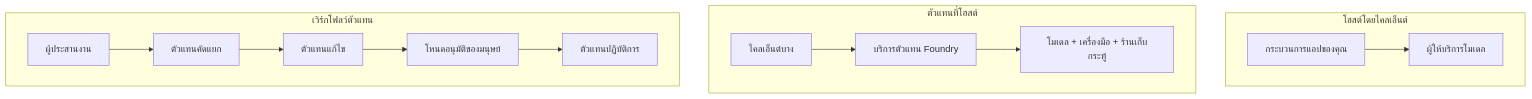
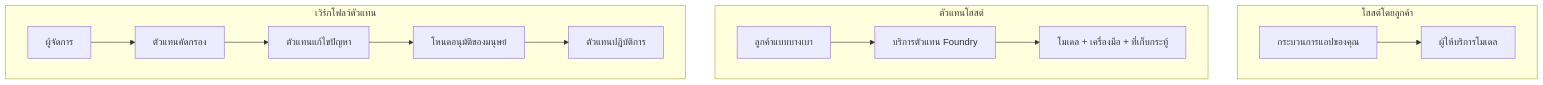
Before and after one commit to microsoft/ai-agents-for-beginners: the first of 4 diagrams in translations/th/16-deploying-scalable-agents/README.md, drawn with Mermaid. The commit also changed other lines of this file and 46 other files, not shown here.

````diff
--- a/translations/th/16-deploying-scalable-agents/README.md
+++ b/translations/th/16-deploying-scalable-agents/README.md
@@ -87,16 +87,16 @@
 ```mermaid
 flowchart TB
-    subgraph P1[โฮสต์โดยไคลเอ็นต์]
+    subgraph P1[โฮสต์โดยลูกค้า]
         A1[กระบวนการแอปของคุณ] --> M1[ผู้ให้บริการโมเดล]
     end
-    subgraph P2[ตัวแทนที่โฮสต์]
-        A2[ไคลเอ็นต์บาง] --> F2[บริการตัวแทน Foundry]
-        F2 --> M2[โมเดล + เครื่องมือ + ร้านเก็บกระทู้]
+    subgraph P2[ตัวแทนโฮสต์]
+        A2[ลูกค้าแบบบางเบา] --> F2[บริการตัวแทน Foundry]
+        F2 --> M2[โมเดล + เครื่องมือ + ที่เก็บกระทู้]
     end
     subgraph P3[เวิร์กโฟลว์ตัวแทน]
-        A3[ผู้ประสานงาน] --> S1[ตัวแทนคัดแยก]
-        S1 --> S2[ตัวแทนแก้ไข]
+        A3[ผู้จัดการ] --> S1[ตัวแทนคัดกรอง]
+        S1 --> S2[ตัวแทนแก้ไขปัญหา]
         S2 --> H[โหนดอนุมัติของมนุษย์]
         H --> S3[ตัวแทนปฏิบัติการ]
     end
 ```
````
